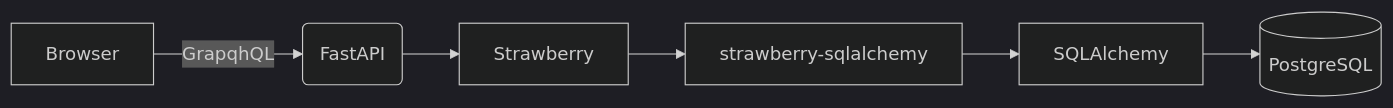
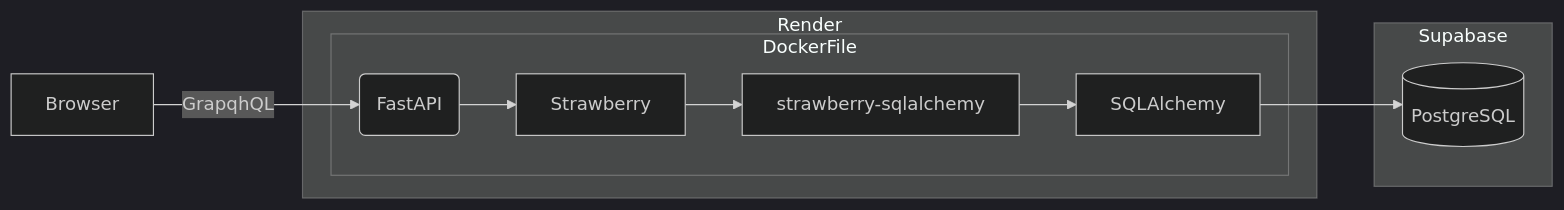
One commit to 0machi/FastAPI_Strawberry_strawberry-sqlalchemy_DemoApp changed the second of 2 diagrams in README.md. Above: the diagram before and after it, drawn with Mermaid (dark theme). The commit also changed other lines of this file, not shown here.

````diff
--- a/README.md
+++ b/README.md
@@ -3,8 +22,15 @@
 ```mermaid
 flowchart LR
     A[Browser] -->|GrapqhQL| B(FastAPI)
+subgraph Render
+    DockerFile
+end
+subgraph DockerFile
     B --> C[Strawberry]
     C --> D[strawberry-sqlalchemy]
     D --> E[SQLAlchemy]
+end
+subgraph Supabase
     E --> F[(PostgreSQL)]
+end
 ```
````
